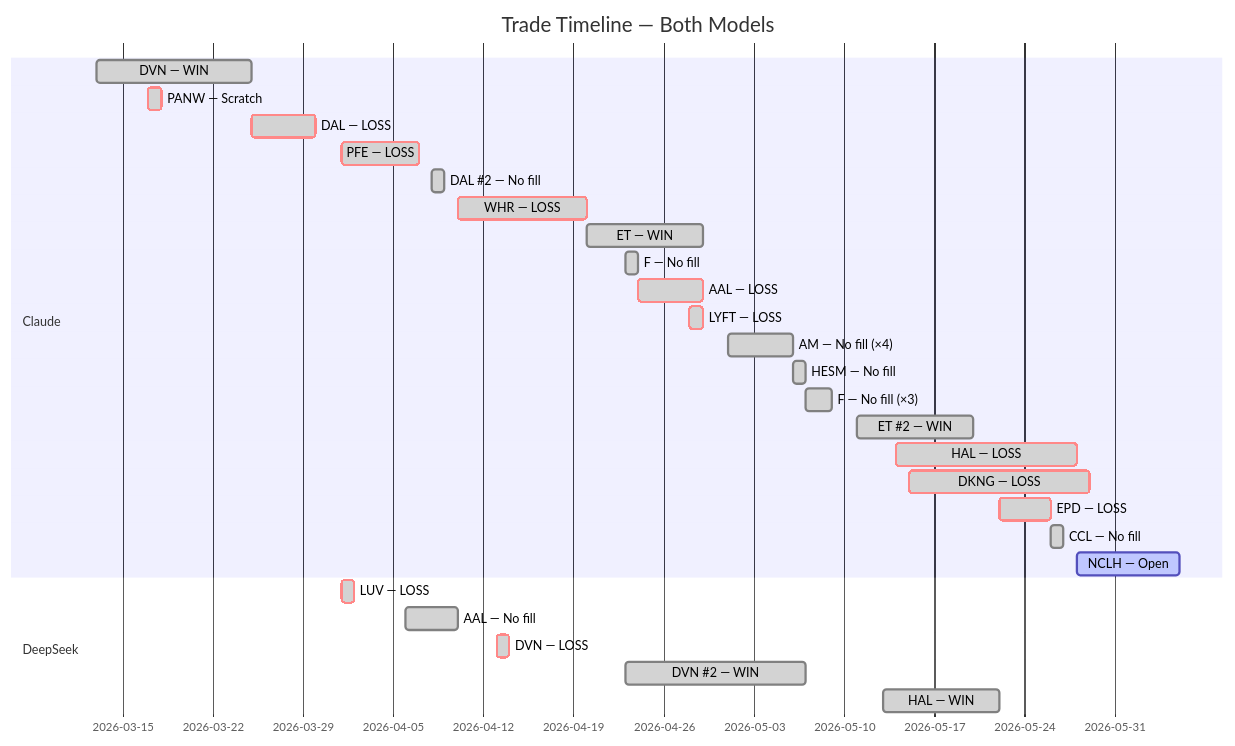
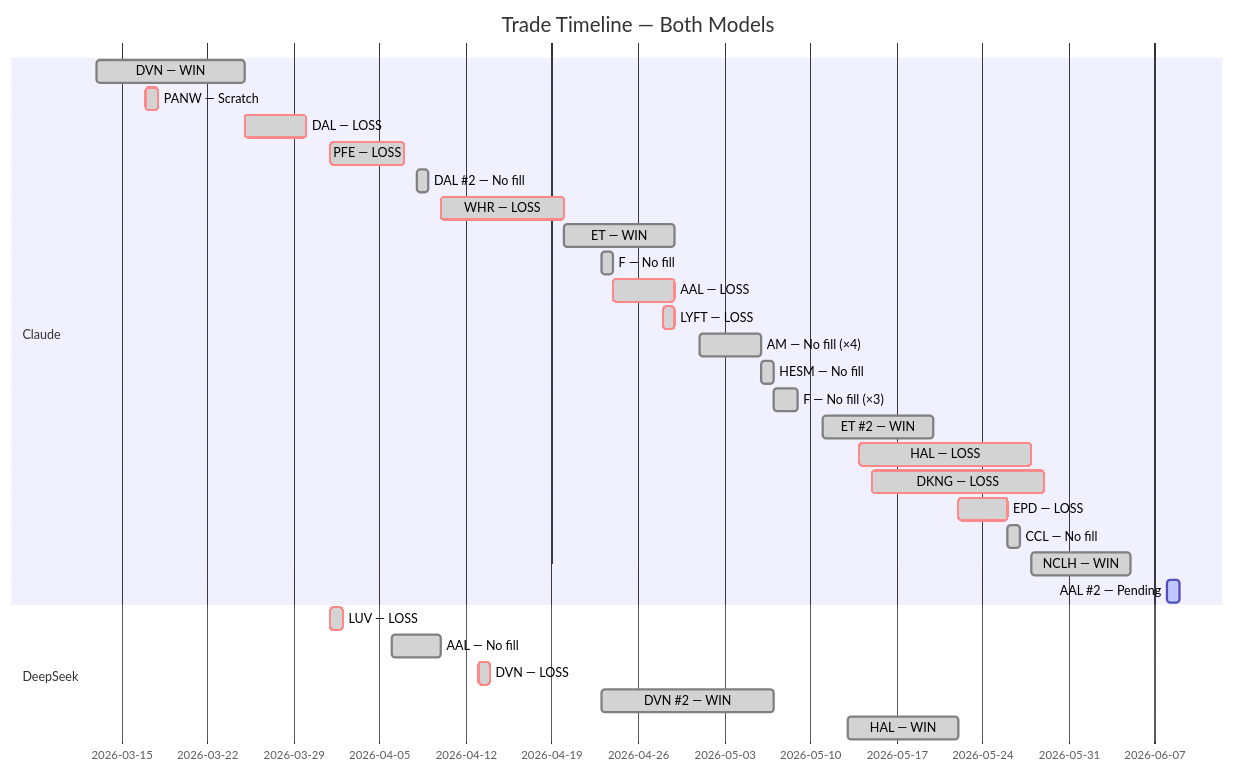
The fifth of 5 diagrams in README.md (zachisit/ai-auto-buy-thesis), drawn with Mermaid before and after one commit. The commit also changed other lines of this file and 2 other files, not shown here.

Commit message:
Update README and add session logs for 6/8 — NCLH closed +$13.50 (first non-energy win), AAL buy stop placed

````diff
--- a/README.md
+++ b/README.md
@@ -63,31 +63,32 @@
 ```mermaid
 gantt
     title Trade Timeline — Both Models
     dateFormat YYYY-MM-DD
     section Claude
     DVN — WIN            :done,    2026-03-13, 2026-03-25
     PANW — Scratch       :crit, done, 2026-03-17, 2026-03-18
     DAL — LOSS           :crit, done, 2026-03-25, 2026-03-30
     PFE — LOSS           :crit, done, 2026-04-01, 2026-04-07
     DAL #2 — No fill     :done,    2026-04-08, 2026-04-09
     WHR — LOSS           :crit, done, 2026-04-10, 2026-04-20
     ET — WIN             :done,    2026-04-20, 2026-04-29
     F — No fill          :done,    2026-04-23, 2026-04-24
     AAL — LOSS           :crit, done, 2026-04-24, 2026-04-29
     LYFT — LOSS          :crit, done, 2026-04-28, 2026-04-29
     AM — No fill (×4)    :done,    2026-05-01, 2026-05-06
     HESM — No fill       :done,    2026-05-06, 2026-05-07
     F — No fill (×3)     :done,    2026-05-07, 2026-05-09
     ET #2 — WIN          :done,    2026-05-11, 2026-05-20
     HAL — LOSS           :crit, done, 2026-05-14, 2026-05-28
     DKNG — LOSS          :crit, done, 2026-05-15, 2026-05-29
     EPD — LOSS           :crit, done, 2026-05-22, 2026-05-26
     CCL — No fill        :done,    2026-05-26, 2026-05-27
-    NCLH — Open          :active,  2026-05-28, 2026-06-05
+    NCLH — WIN           :done,    2026-05-28, 2026-06-05
+    AAL #2 — Pending     :active,  2026-06-08, 2026-06-09
     section DeepSeek
     LUV — LOSS           :crit, done, 2026-04-01, 2026-04-02
     AAL — No fill        :done,    2026-04-06, 2026-04-10
     DVN — LOSS           :crit, done, 2026-04-13, 2026-04-14
     DVN #2 — WIN         :done,    2026-04-23, 2026-05-07
     HAL — WIN            :done,    2026-05-13, 2026-05-22
 ```
````
